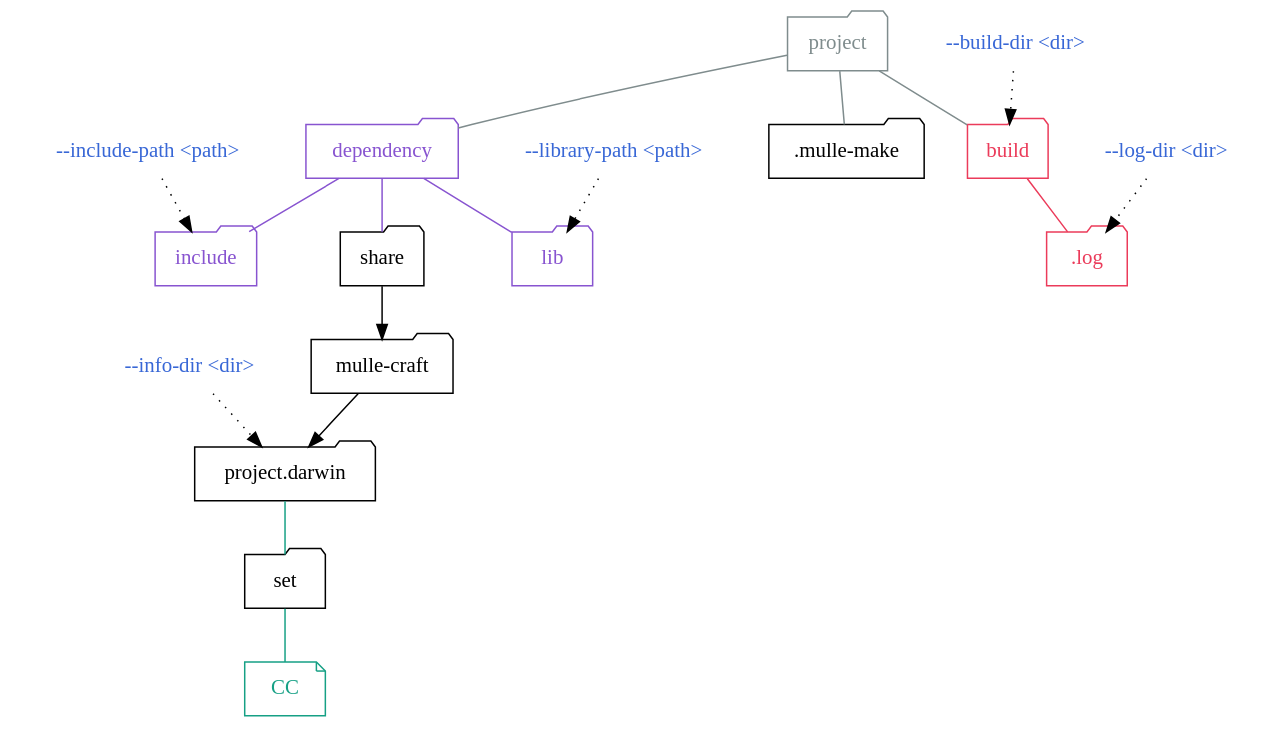
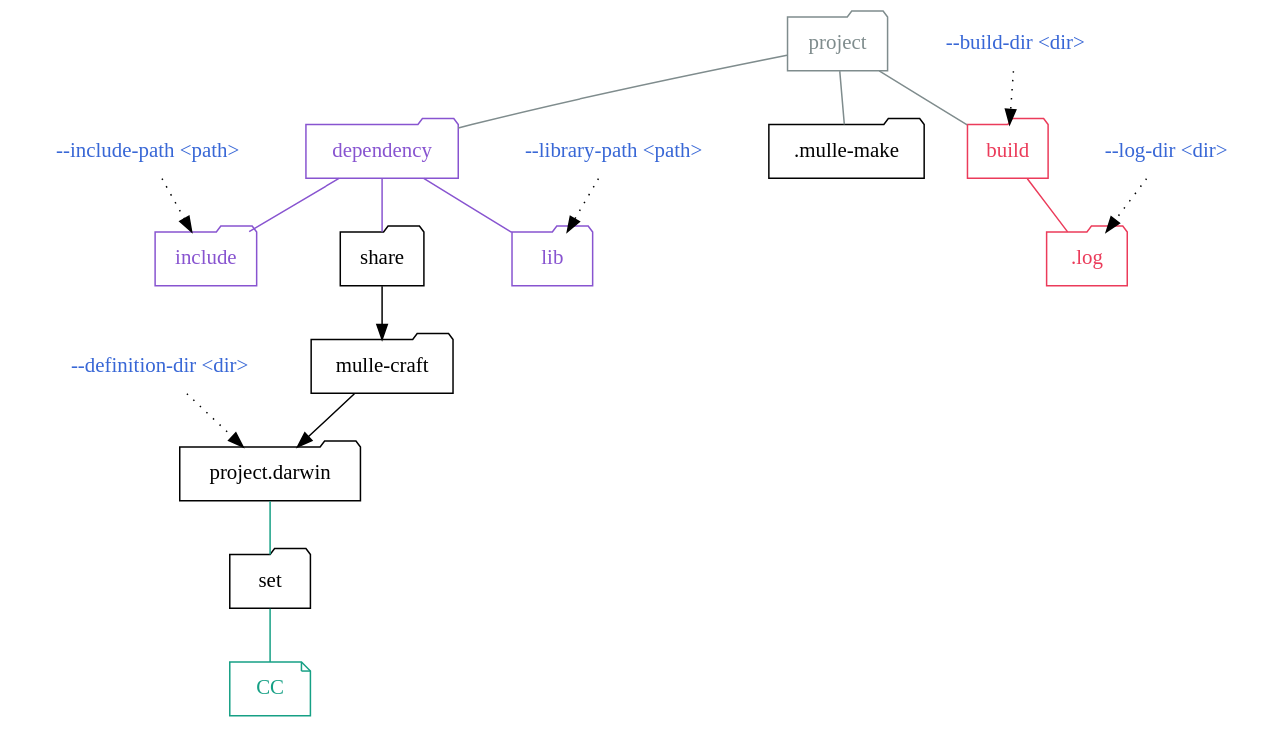
The diagram in dox/overview.dot (mulle-sde/mulle-make), drawn with Graphviz before and after one commit. The commit also changed 33 other files, not shown here.

Commit message:
* support three phase cmake builds * rename "plugins" command to "show" * rename --info-dir to --definition-dir * added --phase support for cmake

```diff
--- a/dox/overview.dot
+++ b/dox/overview.dot
@@ -1,41 +1,41 @@
 digraph G {
     graph [rankdir = TD];
 
     node[ shape=folder];
 
-    "--info-dir <dir>"                  [ shape="none", fontcolor="#3867d6" ]
-    "--info-dir <dir>" -> "project.darwin"  [ style="dotted"]
+    "--definition-dir <dir>"                  [ shape="none", fontcolor="#3867d6" ]
+    "--definition-dir <dir>" -> "project.darwin"  [ style="dotted"]
 
     "--build-dir <dir>"                  [ shape="none", fontcolor="#3867d6" ]
     "--build-dir <dir>" -> "build"       [ style="dotted"]
 
     "--log-dir <dir>"                    [ shape="none", fontcolor="#3867d6" ]
     "--log-dir <dir>" -> ".log"          [ style="dotted"]
 
     "--include-path <path>"              [ shape="none", fontcolor="#3867d6" ]
     "--include-path <path>" -> "include" [ style="dotted"]
 
     "--library-path <path>"              [ shape="none", fontcolor="#3867d6" ]
     "--library-path <path>" -> "lib"     [ style="dotted"]
 
     ".log"                           [ color="#eb3b5a", fontcolor="#eb3b5a" ]
     "build"                          [ color="#16a085", fontcolor="#16a085" ]
     "build"                          [ color="#eb3b5a", fontcolor="#eb3b5a" ]
     "dependency"                     [ color="#8854d0", fontcolor="#8854d0" ]
     "include"                        [ color="#8854d0", fontcolor="#8854d0" ]
     "lib"                            [ color="#8854d0", fontcolor="#8854d0" ]
     "project"                            [ color="#7f8c8d", fontcolor="#7f8c8d" ]
 
     "project"        -> ".mulle-make"   [ arrowhead="none", color="#7f8c8d" ]
     "project"        -> "build"         [ arrowhead="none", color="#7f8c8d" ]
     "project"        -> "dependency"    [ arrowhead="none", color="#7f8c8d" ]
     "dependency" -> "lib"           [ arrowhead="none", color="#8854d0" ]
     "dependency" -> "include"       [ arrowhead="none", color="#8854d0" ]
     "dependency" -> "share"         [ arrowhead="none", color="#8854d0" ]
     "build"      -> ".log"               [ arrowhead="none", color="#eb3b5a" ]
 
     "share" -> "mulle-craft" -> "project.darwin"
     "project.darwin" -> "set" -> "CC"             [ arrowhead="none", color="#16a085" ]
 
     "CC"            [ shape="note", color="#16a085", fontcolor="#16a085" ]
 }
```
